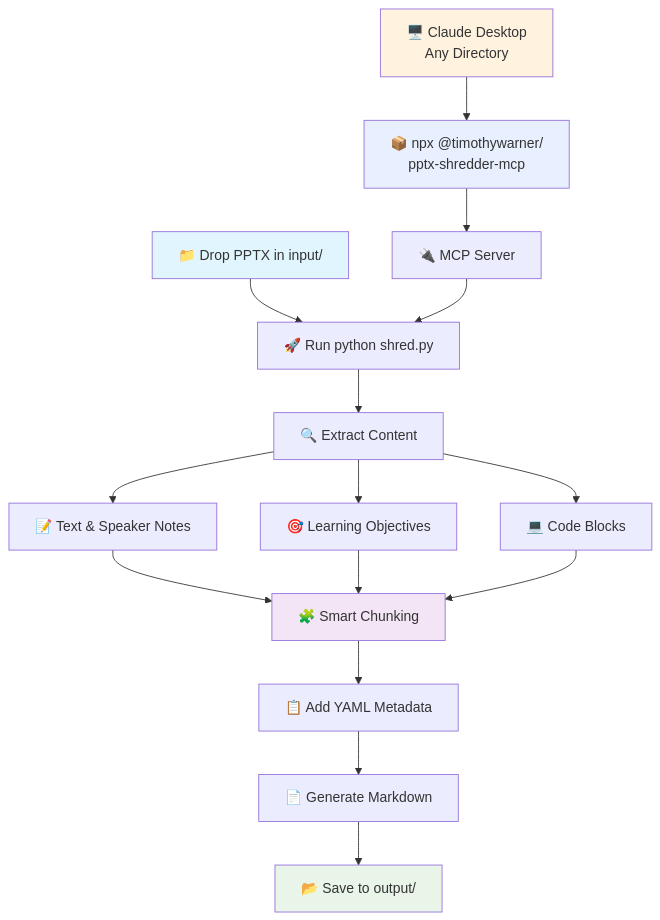
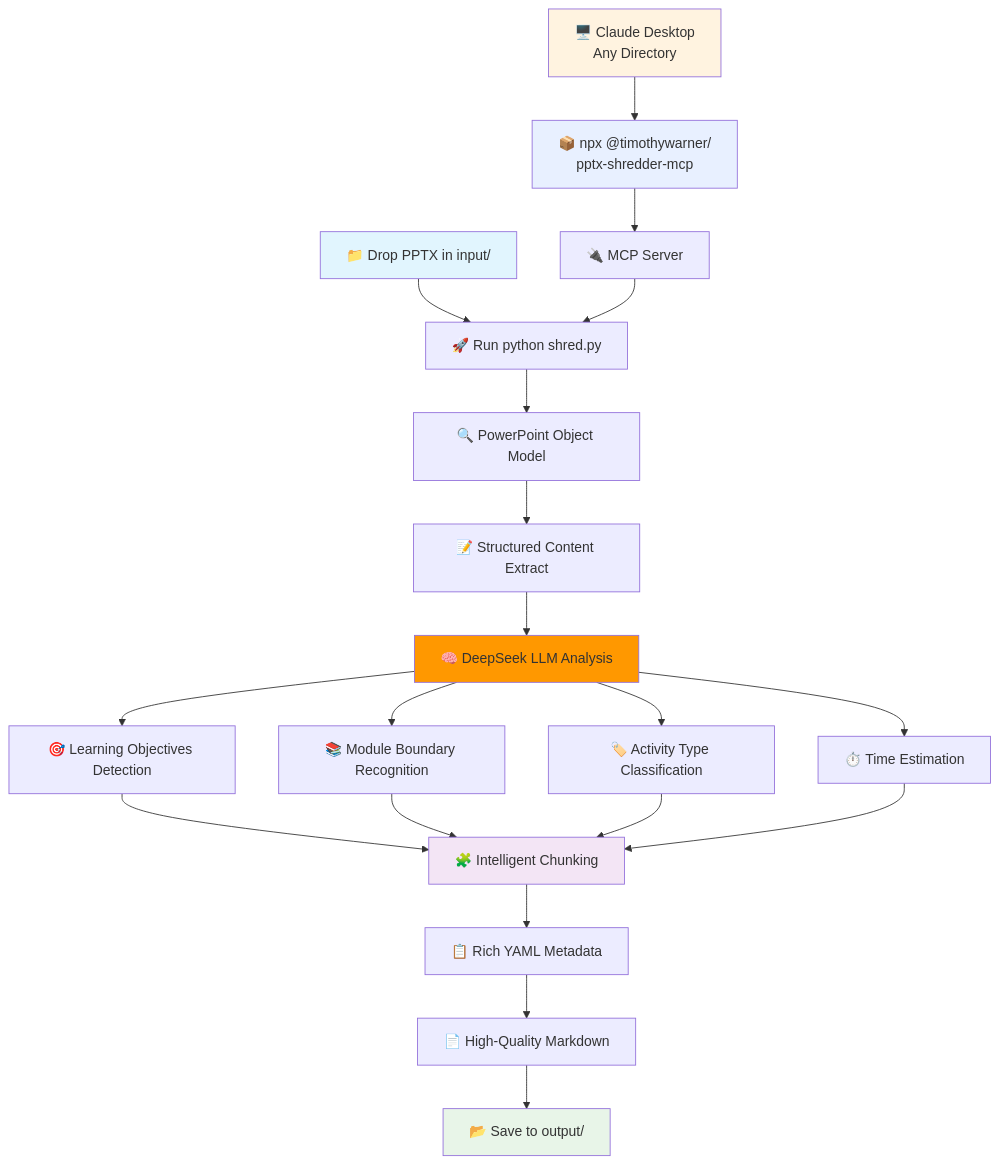
Before and after one commit to timothywarner-org/pptx-shredder: the first of 2 diagrams in README.md, drawn with Mermaid. The commit also changed other lines of this file and 10 other files, not shown here.

First line of the commit message:
🤖 Major upgrade: Intelligent extraction with DeepSeek LLM

````diff
--- a/README.md
+++ b/README.md
@@ -35,24 +37,29 @@
 ```mermaid
 flowchart TD
     A[📁 Drop PPTX in input/] --> B[🚀 Run python shred.py]
-    B --> C[🔍 Extract Content]
-    C --> D[📝 Text & Speaker Notes]
-    C --> E[🎯 Learning Objectives]
-    C --> F[💻 Code Blocks]
-    D --> G[🧩 Smart Chunking]
-    E --> G
-    F --> G
-    G --> H[📋 Add YAML Metadata]
-    H --> I[📄 Generate Markdown]
-    I --> J[📂 Save to output/]
+    B --> C[🔍 PowerPoint Object Model]
+    C --> D[📝 Structured Content Extract]
+    D --> E[🧠 DeepSeek LLM Analysis]
+    E --> F[🎯 Learning Objectives Detection]
+    E --> G[📚 Module Boundary Recognition]
+    E --> H[🏷️ Activity Type Classification]
+    E --> I[⏱️ Time Estimation]
+    F --> J[🧩 Intelligent Chunking]
+    G --> J
+    H --> J
+    I --> J
+    J --> K[📋 Rich YAML Metadata]
+    K --> L[📄 High-Quality Markdown]
+    L --> M[📂 Save to output/]
     
-    K[🖥️ Claude Desktop<br/>Any Directory] --> L[📦 npx @timothywarner/<br/>pptx-shredder-mcp]
-    L --> M[🔌 MCP Server]
-    M --> B
+    N[🖥️ Claude Desktop<br/>Any Directory] --> O[📦 npx @timothywarner/<br/>pptx-shredder-mcp]
+    O --> P[🔌 MCP Server]
+    P --> B
     
     style A fill:#e1f5fe
-    style J fill:#e8f5e8
-    style K fill:#fff3e0
-    style L fill:#e8f0ff
-    style G fill:#f3e5f5
+    style M fill:#e8f5e8
+    style N fill:#fff3e0
+    style O fill:#e8f0ff
+    style E fill:#ff9800
+    style J fill:#f3e5f5
 ```
````
